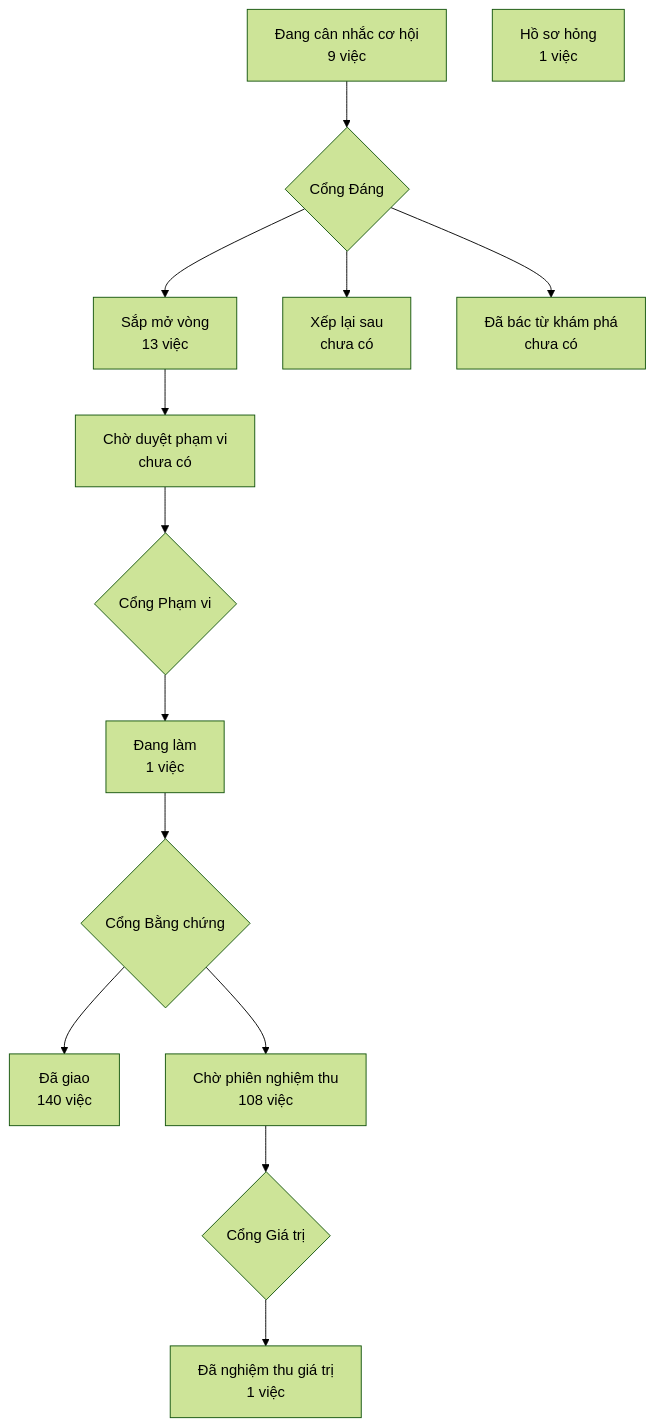
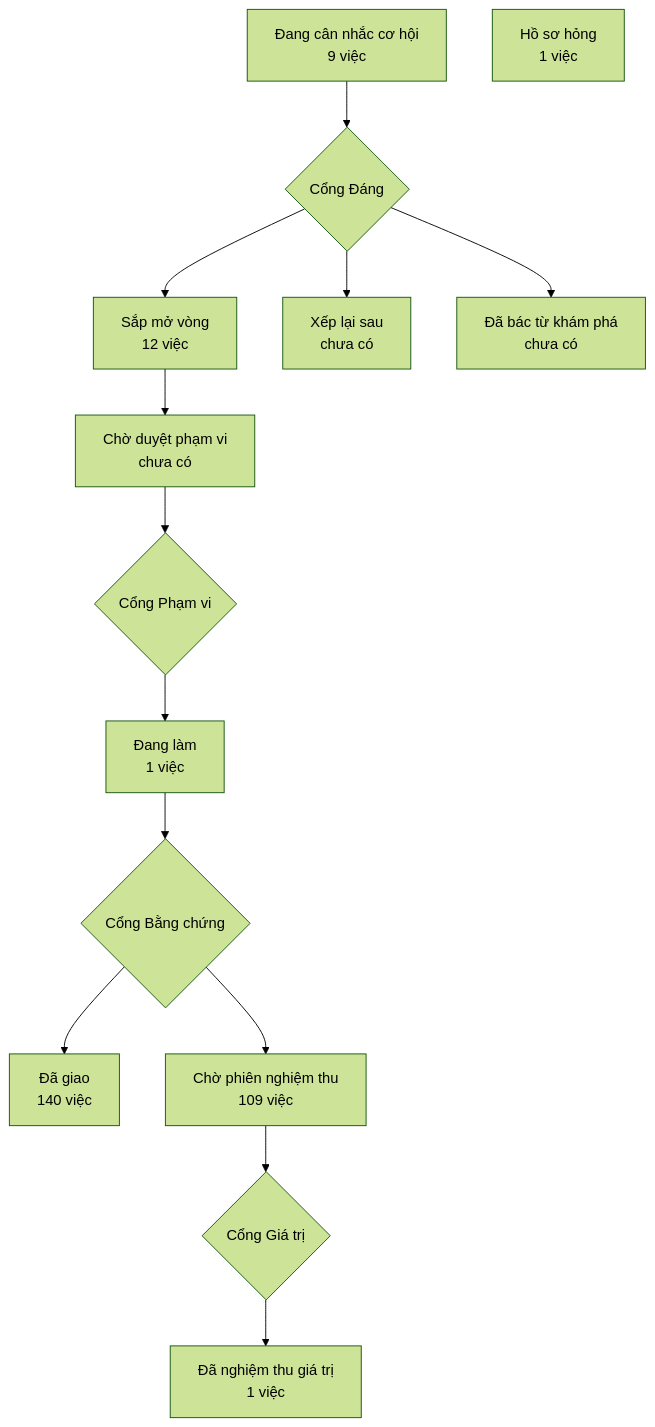
The diagram in PRODUCT-MAP.md (phanlemanh/crm-onehub), drawn with Mermaid (forest theme) before and after one commit. The commit also changed 1 other file, not shown here.

Commit message:
chore: vẽ lại bản đồ sản phẩm trên bản sạch sau gộp onehub edf23b35a

````diff
--- a/PRODUCT-MAP.md
+++ b/PRODUCT-MAP.md
@@ -7,13 +7,13 @@
 ```mermaid
 flowchart TD
   A["Đang cân nhắc cơ hội<br/>9 việc"] --> GD{"Cổng Đáng"}
-  GD --> B["Sắp mở vòng<br/>13 việc"]
+  GD --> B["Sắp mở vòng<br/>12 việc"]
   GD --> XL["Xếp lại sau<br/>chưa có"]
   GD --> DB["Đã bác từ khám phá<br/>chưa có"]
   B --> CD["Chờ duyệt phạm vi<br/>chưa có"] --> GP{"Cổng Phạm vi"}
   GP --> DL["Đang làm<br/>1 việc"] --> GB{"Cổng Bằng chứng"}
   GB --> DG["Đã giao<br/>140 việc"]
-  GB --> CN["Chờ phiên nghiệm thu<br/>108 việc"] --> GG{"Cổng Giá trị"}
+  GB --> CN["Chờ phiên nghiệm thu<br/>109 việc"] --> GG{"Cổng Giá trị"}
   GG --> NT["Đã nghiệm thu giá trị<br/>1 việc"]
   HS["Hồ sơ hỏng<br/>1 việc"]
 ```
````
